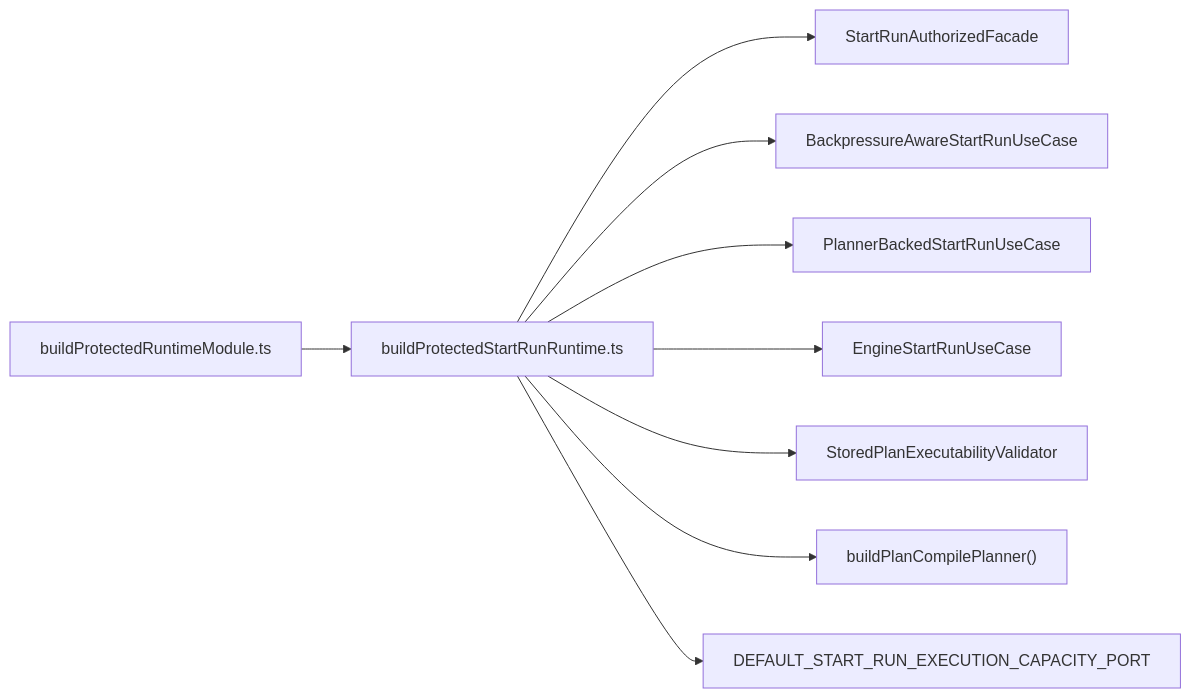
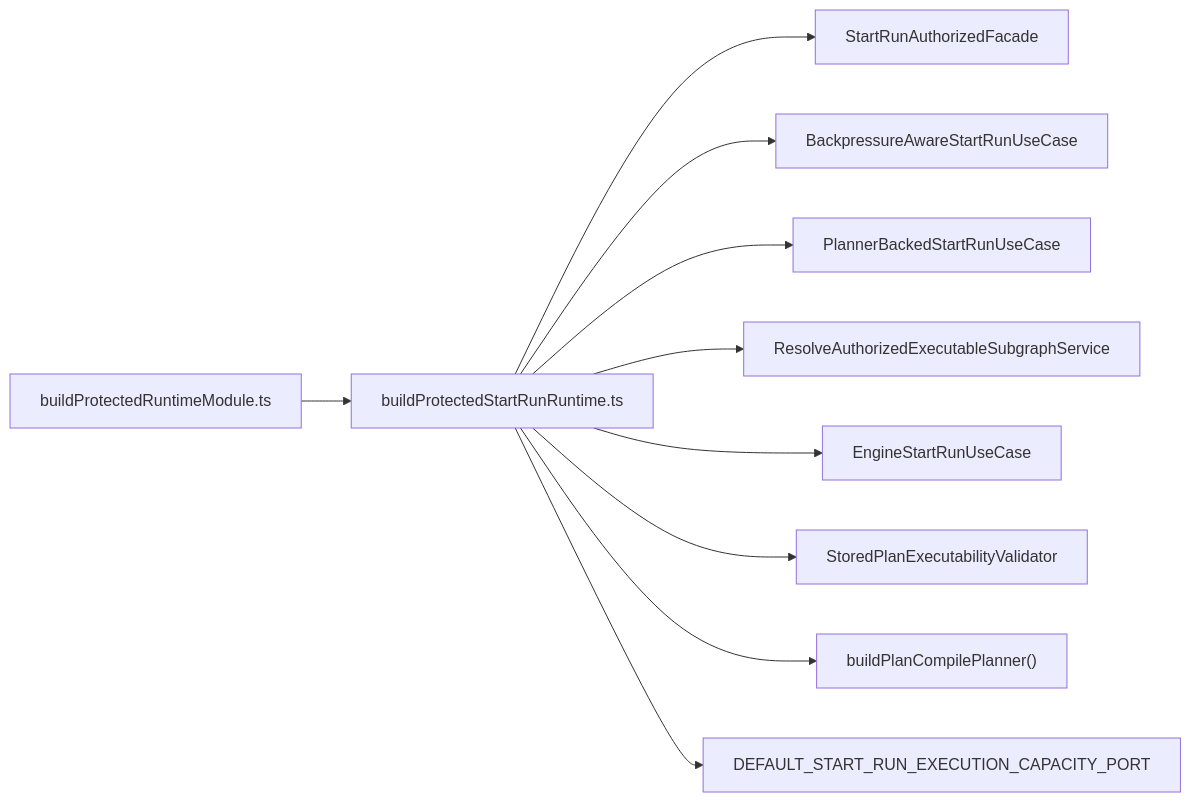
Before and after one commit to dunay2/dvt: the first of 2 diagrams in apps/api/docs/start-run-runtime-composition-component.md, drawn with Mermaid. The commit also changed other lines of this file and 62 other files, not shown here.

````diff
--- a/apps/api/docs/start-run-runtime-composition-component.md
+++ b/apps/api/docs/start-run-runtime-composition-component.md
@@ -66,11 +68,12 @@
 ```mermaid
 flowchart LR
   Root["buildProtectedRuntimeModule.ts"] --> StartRunRuntime["buildProtectedStartRunRuntime.ts"]
   StartRunRuntime --> Facade["StartRunAuthorizedFacade"]
   StartRunRuntime --> Admission["BackpressureAwareStartRunUseCase"]
   StartRunRuntime --> Planner["PlannerBackedStartRunUseCase"]
+  StartRunRuntime --> Resolver["ResolveAuthorizedExecutableSubgraphService"]
   StartRunRuntime --> Engine["EngineStartRunUseCase"]
   StartRunRuntime --> Validator["StoredPlanExecutabilityValidator"]
   StartRunRuntime --> Compile["buildPlanCompilePlanner()"]
   StartRunRuntime --> Capacity["DEFAULT_START_RUN_EXECUTION_CAPACITY_PORT"]
 ```
````
